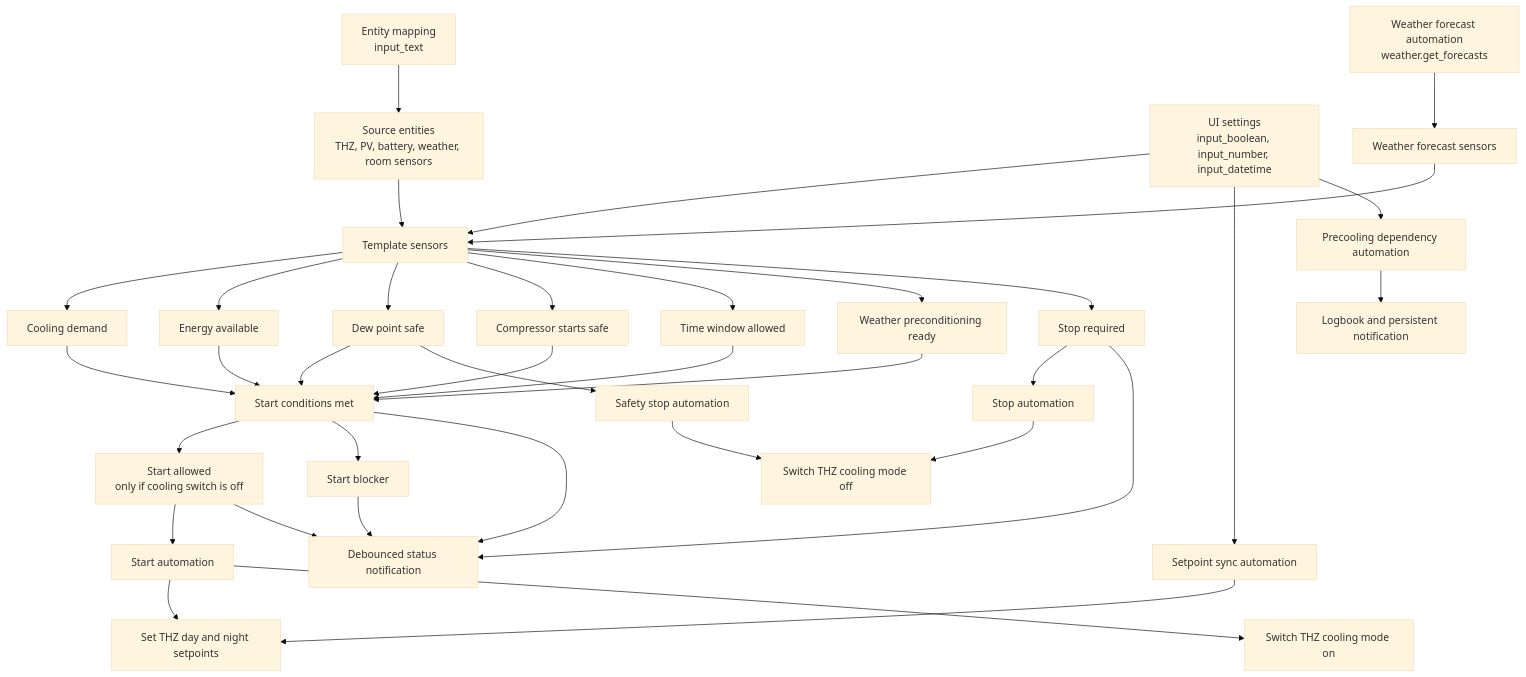
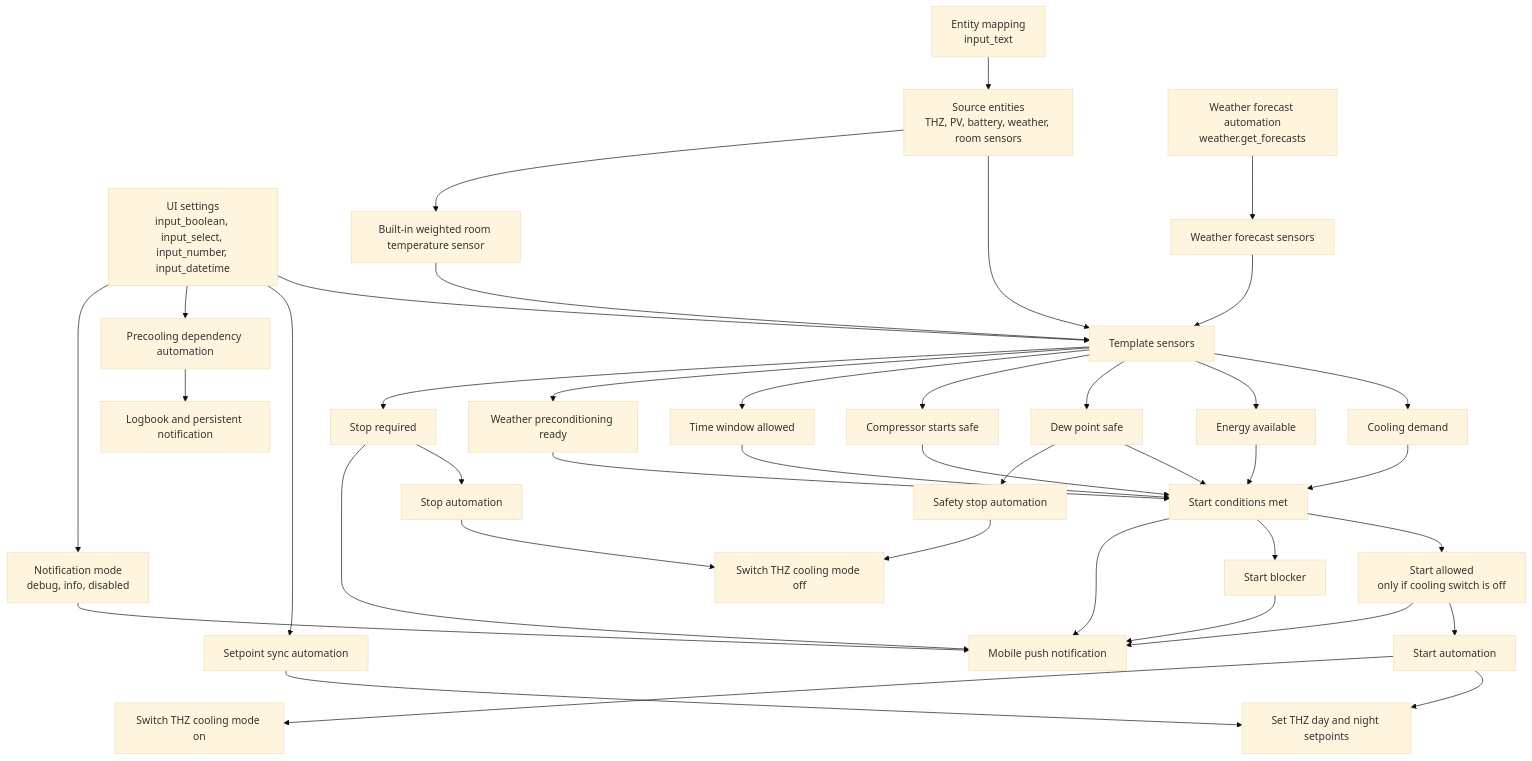
The diagram in README.md (Oggy512/THZ504-HA-Dynamic-Cooling), drawn with Mermaid (base theme) before and after one commit. The commit also changed other lines of this file, not shown here.

````diff
--- a/README.md
+++ b/README.md
@@ -59,47 +51,52 @@
 ```mermaid
 flowchart TD
     MAP["Entity mapping<br/>input_text"] --> SRC["Source entities<br/>THZ, PV, battery, weather, room sensors"]
-    UI["UI settings<br/>input_boolean, input_number, input_datetime"] --> TPL["Template sensors"]
+    UI["UI settings<br/>input_boolean, input_select, input_number, input_datetime"] --> TPL["Template sensors"]
 
     SRC --> TPL
     WACT["Weather forecast automation<br/>weather.get_forecasts"] --> WFC["Weather forecast sensors"]
     WFC --> TPL
+
+    ROOM["Built-in weighted room temperature sensor"] --> TPL
+    SRC --> ROOM
 
     TPL --> DEMAND["Cooling demand"]
     TPL --> ENERGY["Energy available"]
     TPL --> DEW["Dew point safe"]
     TPL --> COMP["Compressor starts safe"]
     TPL --> TIME["Time window allowed"]
     TPL --> WEATHER["Weather preconditioning ready"]
 
     DEMAND --> COND["Start conditions met"]
     WEATHER --> COND
     ENERGY --> COND
     DEW --> COND
     COMP --> COND
     TIME --> COND
 
     COND --> ALLOW["Start allowed<br/>only if cooling switch is off"]
     COND --> BLOCKER["Start blocker"]
     TPL --> STOP["Stop required"]
 
     ALLOW --> STARTAUTO["Start automation"]
     STOP --> STOPAUTO["Stop automation"]
     DEW --> SAFETYAUTO["Safety stop automation"]
 
     STARTAUTO --> SETPOINT["Set THZ day and night setpoints"]
     STARTAUTO --> COOLON["Switch THZ cooling mode on"]
     STOPAUTO --> COOLOFF["Switch THZ cooling mode off"]
     SAFETYAUTO --> COOLOFF
 
     UI --> SETSYNC["Setpoint sync automation"]
     SETSYNC --> SETPOINT
 
     UI --> DEP["Precooling dependency automation"]
     DEP --> LOG["Logbook and persistent notification"]
 
-    COND --> NOTIFY["Debounced status notification"]
+    UI --> NOTIFYMODE["Notification mode<br/>debug, info, disabled"]
+    NOTIFYMODE --> NOTIFY["Mobile push notification"]
+    COND --> NOTIFY
     ALLOW --> NOTIFY
     BLOCKER --> NOTIFY
     STOP --> NOTIFY
 ```
````
